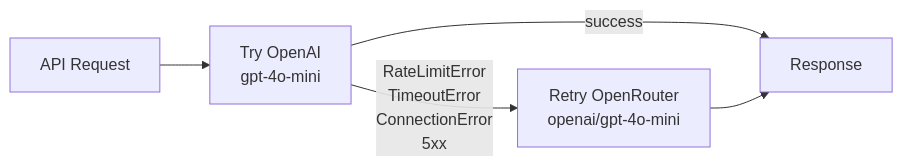
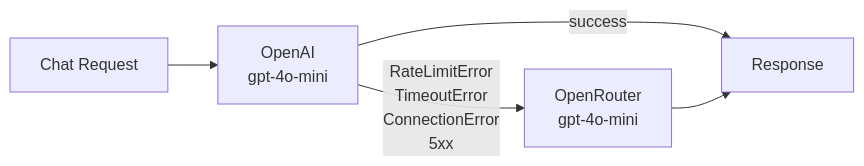
Before and after one commit to felixmakinda/meridian-chatbot: the fifth of 6 diagrams in ARCHITECTURE.md, drawn with Mermaid. The commit also changed other lines of this file, not shown here.

Commit message:
Update architecture to reflect AppRunner + CloudFront deployment

````diff
--- a/ARCHITECTURE.md
+++ b/ARCHITECTURE.md
@@ -108,7 +122,7 @@
 ```mermaid
 flowchart LR
-    Req[API Request] --> OAI[Try OpenAI\ngpt-4o-mini]
-    OAI -->|success| Resp[Response]
-    OAI -->|RateLimitError\nTimeoutError\nConnectionError\n5xx| OR[Retry OpenRouter\nopenai/gpt-4o-mini]
-    OR --> Resp
+    Req[Chat Request] --> OAI[OpenAI\ngpt-4o-mini]
+    OAI -->|success| Res[Response]
+    OAI -->|RateLimitError\nTimeoutError\nConnectionError\n5xx| OR[OpenRouter\ngpt-4o-mini]
+    OR --> Res
 ```
````
